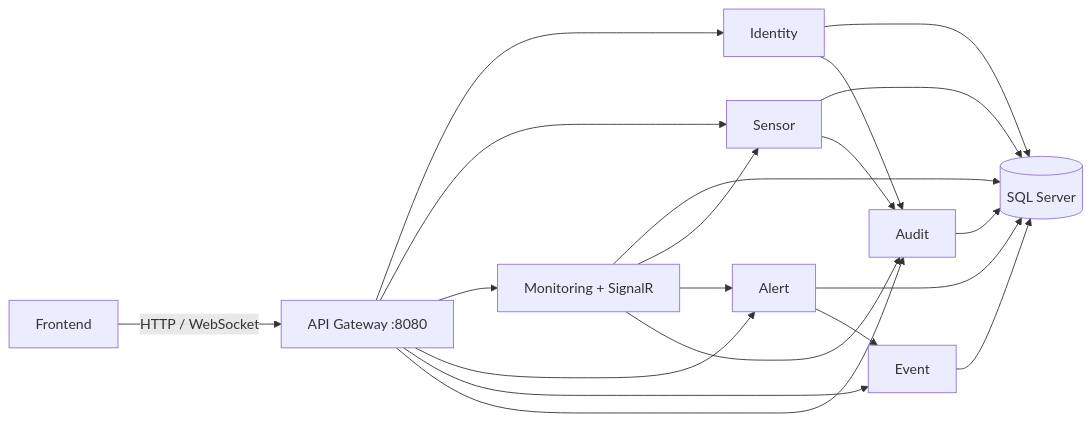
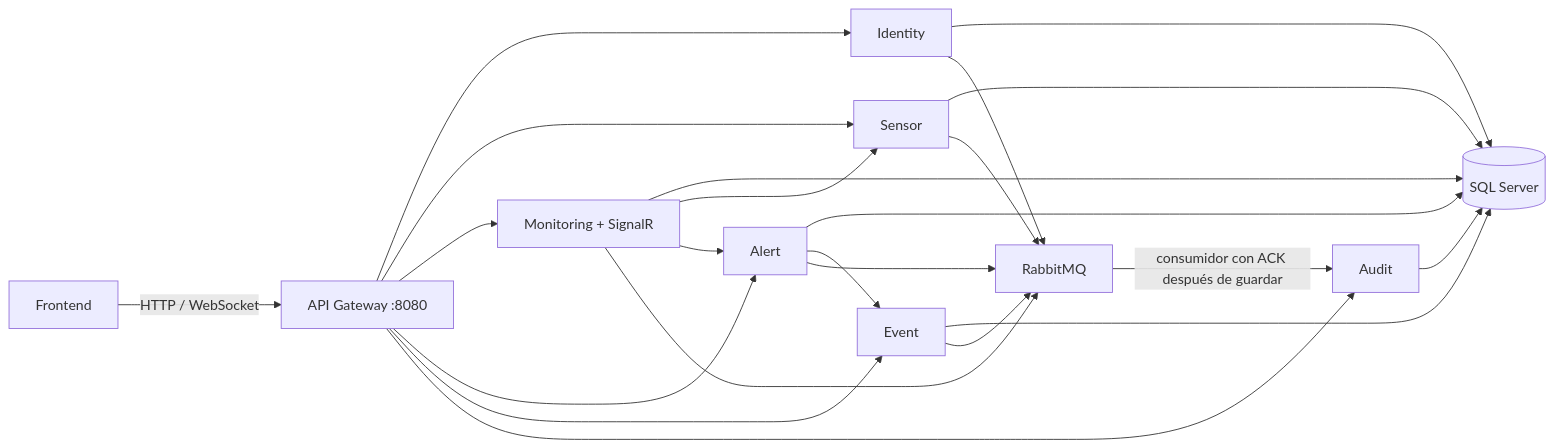
The diagram in README.md (ERAMR18/climate_backend), drawn with Mermaid before and after one commit. The commit also changed other lines of this file and 248 other files, not shown here.

Commit message:
feat: implementar fase 2 con auditoria RabbitMQ y Kubernetes

````diff
--- a/README.md
+++ b/README.md
@@ -32,22 +43,25 @@
 ```mermaid
 flowchart LR
     FE[Frontend] -->|HTTP / WebSocket| GW[API Gateway :8080]
     GW --> ID[Identity]
     GW --> SE[Sensor]
     GW --> MO[Monitoring + SignalR]
     GW --> AL[Alert]
     GW --> EV[Event]
     GW --> AU[Audit]
     ID --> DB[(SQL Server)]
     SE --> DB
     MO --> DB
     AL --> DB
     EV --> DB
     AU --> DB
     MO --> SE
     MO --> AL
     AL --> EV
-    ID --> AU
-    SE --> AU
-    MO --> AU
+    ID --> RMQ[RabbitMQ]
+    SE --> RMQ
+    MO --> RMQ
+    AL --> RMQ
+    EV --> RMQ
+    RMQ -->|consumidor con ACK después de guardar| AU
 ```
````
